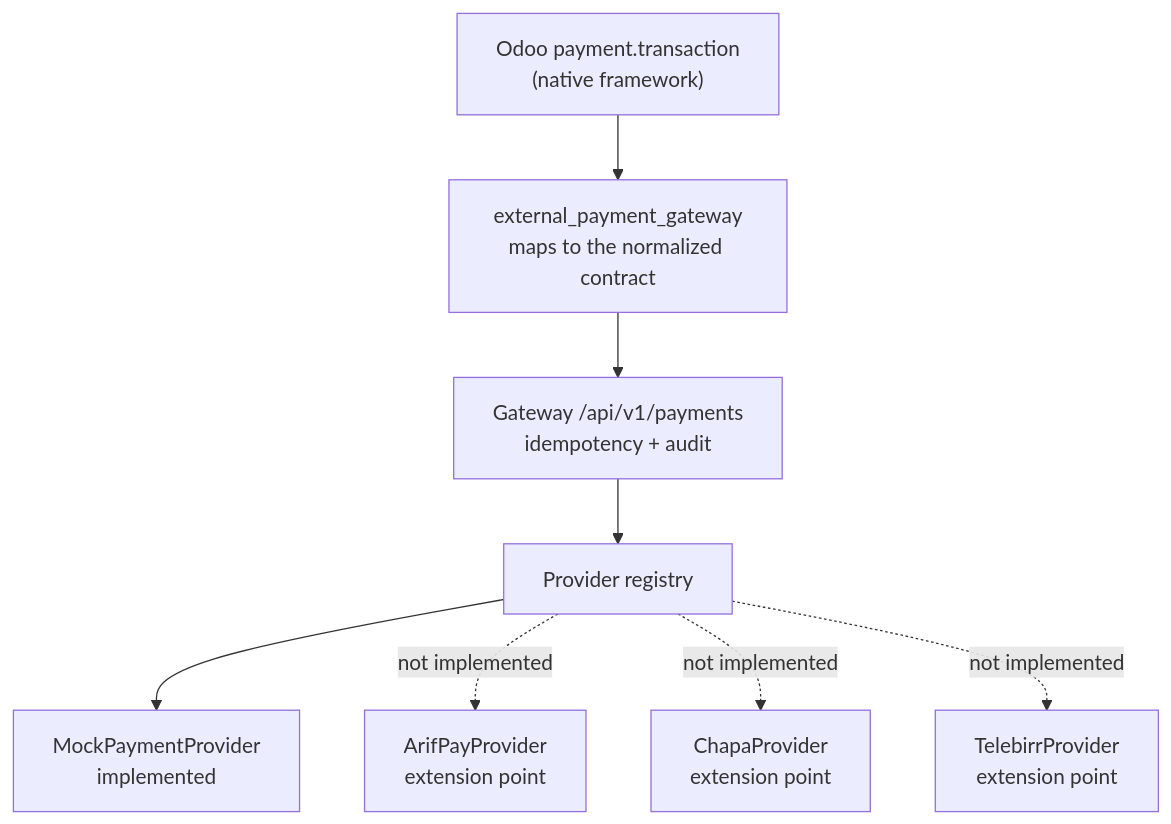
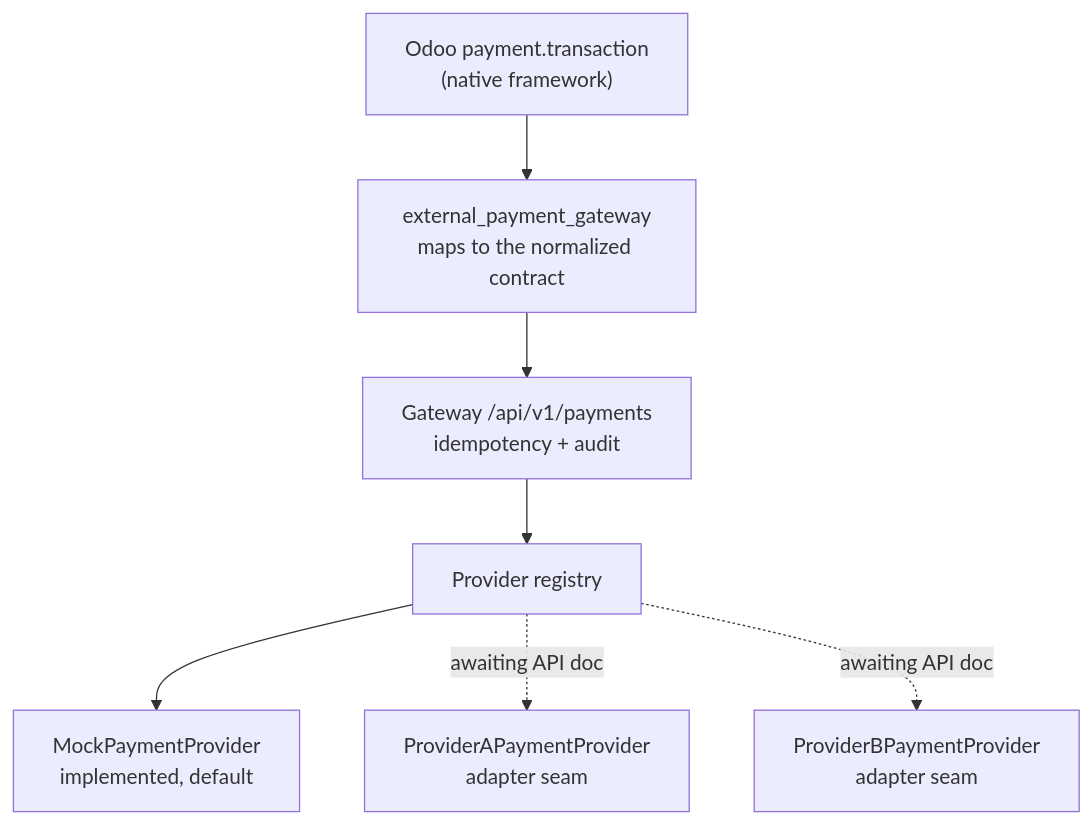
One commit to bineyame/MatisShop changed the seventh of 9 diagrams in docs/architecture.md. Above: the diagram before and after it, drawn with Mermaid. The commit also changed other lines of this file and 34 other files, not shown here.

````diff
--- a/docs/architecture.md
+++ b/docs/architecture.md
@@ -244,17 +252,15 @@
 ```mermaid
 flowchart TB
     OD["Odoo payment.transaction<br/>(native framework)"]
     EX["external_payment_gateway<br/>maps to the normalized contract"]
     GW["Gateway /api/v1/payments<br/>idempotency + audit"]
     REG[Provider registry]
-    M["MockPaymentProvider<br/>implemented"]
-    A["ArifPayProvider<br/>extension point"]
-    C["ChapaProvider<br/>extension point"]
-    T["TelebirrProvider<br/>extension point"]
+    M["MockPaymentProvider<br/>implemented, default"]
+    A["ProviderAPaymentProvider<br/>adapter seam"]
+    B2["ProviderBPaymentProvider<br/>adapter seam"]
 
     OD --> EX --> GW --> REG
     REG --> M
-    REG -.not implemented.-> A
-    REG -.not implemented.-> C
-    REG -.not implemented.-> T
+    REG -.awaiting API doc.-> A
+    REG -.awaiting API doc.-> B2
 ```
````
